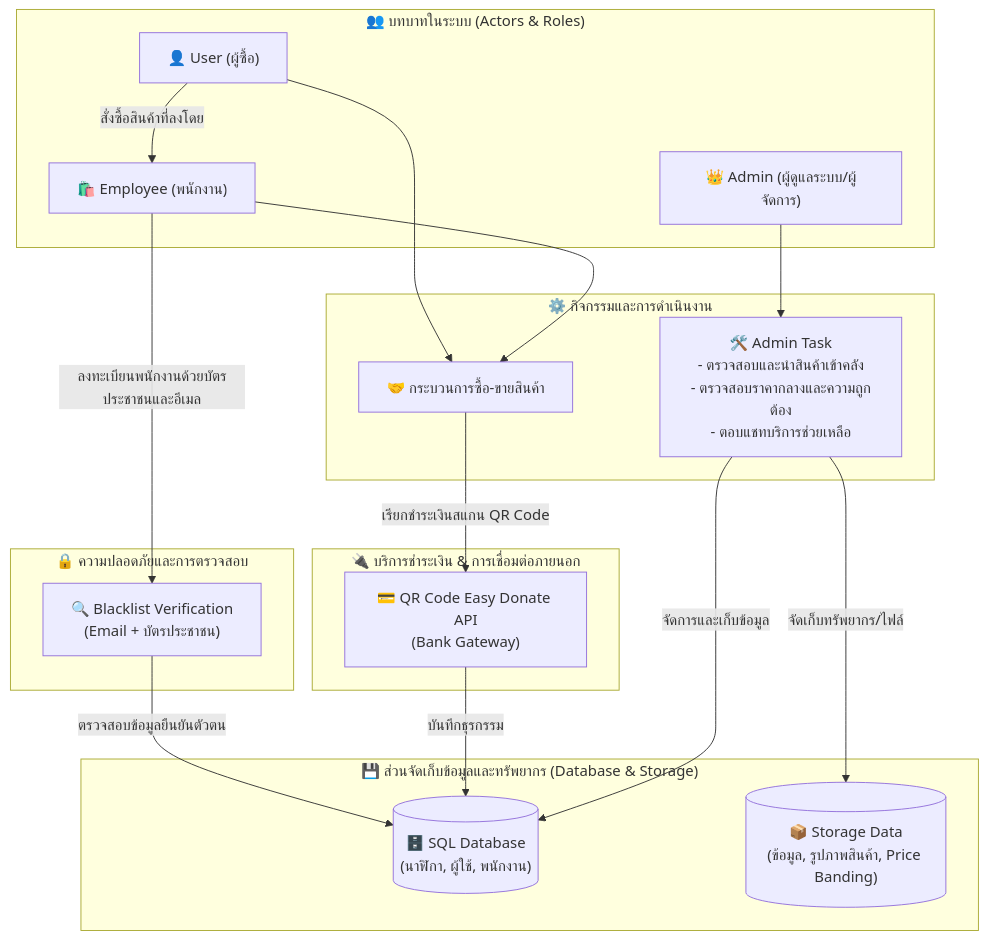
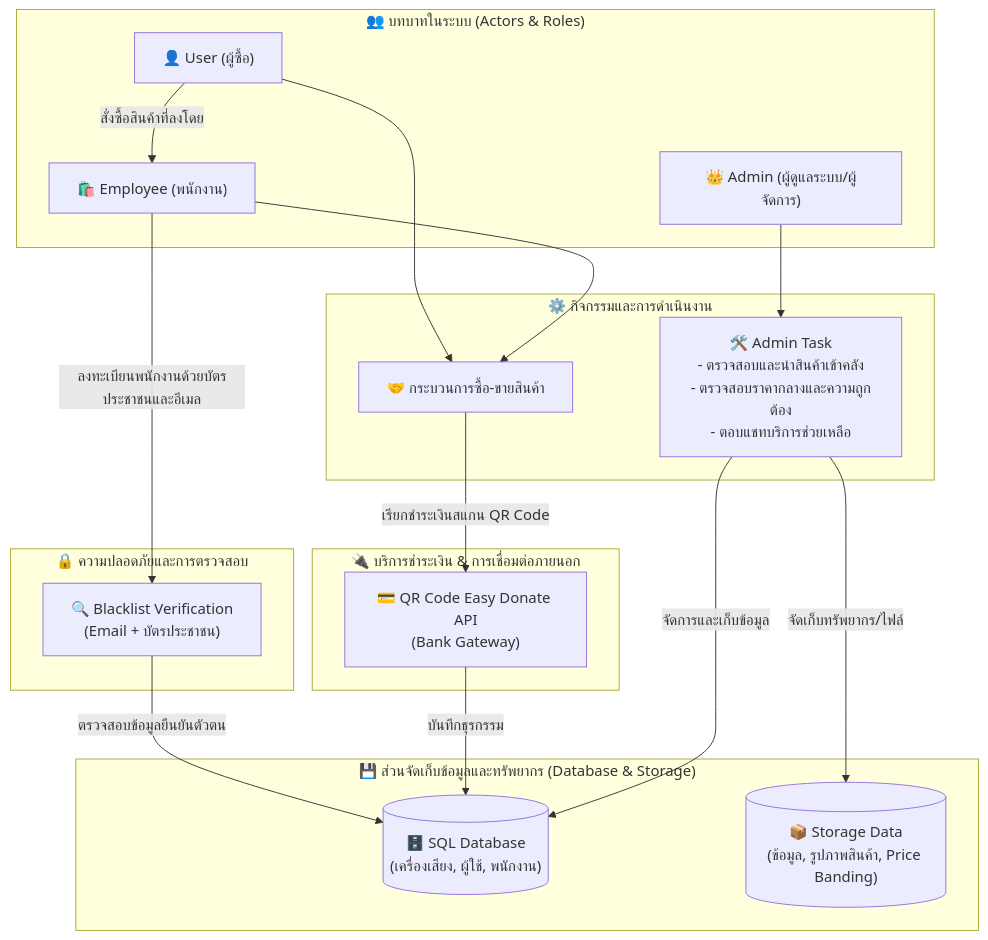
Before and after one commit to sShinjikubs/Workshop-1: the seventh of 8 diagrams in analysis_design.md, drawn with Mermaid.

Commit message:
docs: fix remaining watch term in analysis_design.md diagram node label

````diff
--- a/analysis_design.md
+++ b/analysis_design.md
@@ -552,43 +552,43 @@
 ```mermaid
 graph TB
     subgraph Actors ["👥 บทบาทในระบบ (Actors & Roles)"]
         User["👤 User (ผู้ซื้อ)"]
         Customer["🛍️ Employee (พนักงาน)"]
         Admin["👑 Admin (ผู้ดูแลระบบ/ผู้จัดการ)"]
     end
 
     subgraph Security ["🔒 ความปลอดภัยและการตรวจสอบ"]
         Blacklist["🔍 Blacklist Verification<br>(Email + บัตรประชาชน)"]
     end
 
     subgraph Operations ["⚙️ กิจกรรมและการดำเนินงาน"]
         Purchase["🤝 กระบวนการซื้อ-ขายสินค้า"]
         AdminFlow["🛠️ Admin Task<br>- ตรวจสอบและนำสินค้าเข้าคลัง<br>- ตรวจสอบราคากลางและความถูกต้อง<br>- ตอบแชทบริการช่วยเหลือ"]
     end
 
     subgraph Interfaces ["🔌 บริการชำระเงิน & การเชื่อมต่อภายนอก"]
         PaymentAPI["💳 QR Code Easy Donate API<br>(Bank Gateway)"]
     end
 
     subgraph Database_Storage ["💾 ส่วนจัดเก็บข้อมูลและทรัพยากร (Database & Storage)"]
-        SQL_DB[("🗄️ SQL Database<br>(นาฬิกา, ผู้ใช้, พนักงาน)")]
+        SQL_DB[("🗄️ SQL Database<br>(เครื่องเสียง, ผู้ใช้, พนักงาน)")]
         Storage_Data[("📦 Storage Data<br>(ข้อมูล, รูปภาพสินค้า, Price Banding)")]
     end
 
     %% Relationships and Flows
     User -->|สั่งซื้อสินค้าที่ลงโดย| Customer
     Customer -->|ลงทะเบียนพนักงานด้วยบัตรประชาชนและอีเมล| Blacklist
     Blacklist -->|ตรวจสอบข้อมูลยืนยันตัวตน| SQL_DB
 
     %% Purchase & Payment Flow
     User & Customer --> Purchase
     Purchase -->|เรียกชำระเงินสแกน QR Code| PaymentAPI
     PaymentAPI -->|บันทึกธุรกรรม| SQL_DB
 
     %% Admin Actions
     Admin --> AdminFlow
 
     %% DB & Storage Links
     AdminFlow -->|จัดการและเก็บข้อมูล| SQL_DB
     AdminFlow -->|จัดเก็บทรัพยากร/ไฟล์| Storage_Data
 ```
````
